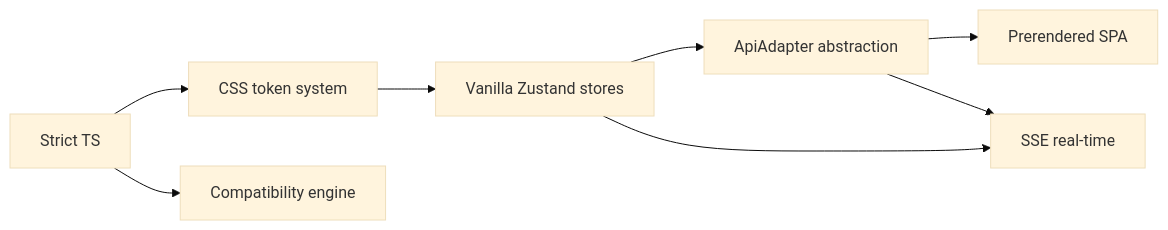
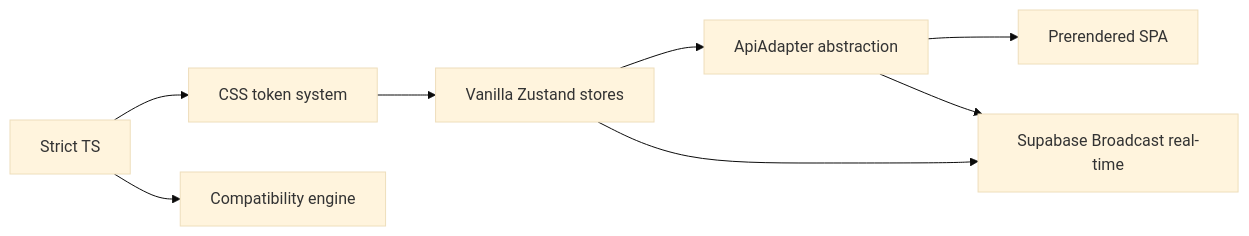
Before and after one commit to 360ghar/360-flatmates-web: the first of 2 diagrams in .wiki/background/design-decisions.md, drawn with Mermaid (base theme). The commit also changed other lines of this file and 160 other files, not shown here.

````diff
--- a/.wiki/background/design-decisions.md
+++ b/.wiki/background/design-decisions.md
@@ -7,10 +7,10 @@
 ```mermaid
 flowchart LR
     A[Strict TS] --> B[CSS token system]
     B --> C[Vanilla Zustand stores]
     C --> D[ApiAdapter abstraction]
     D --> E[Prerendered SPA]
-    D --> F[SSE real-time]
+    D --> F[Supabase Broadcast real-time]
     C --> F
     A --> G[Compatibility engine]
 ```
````
